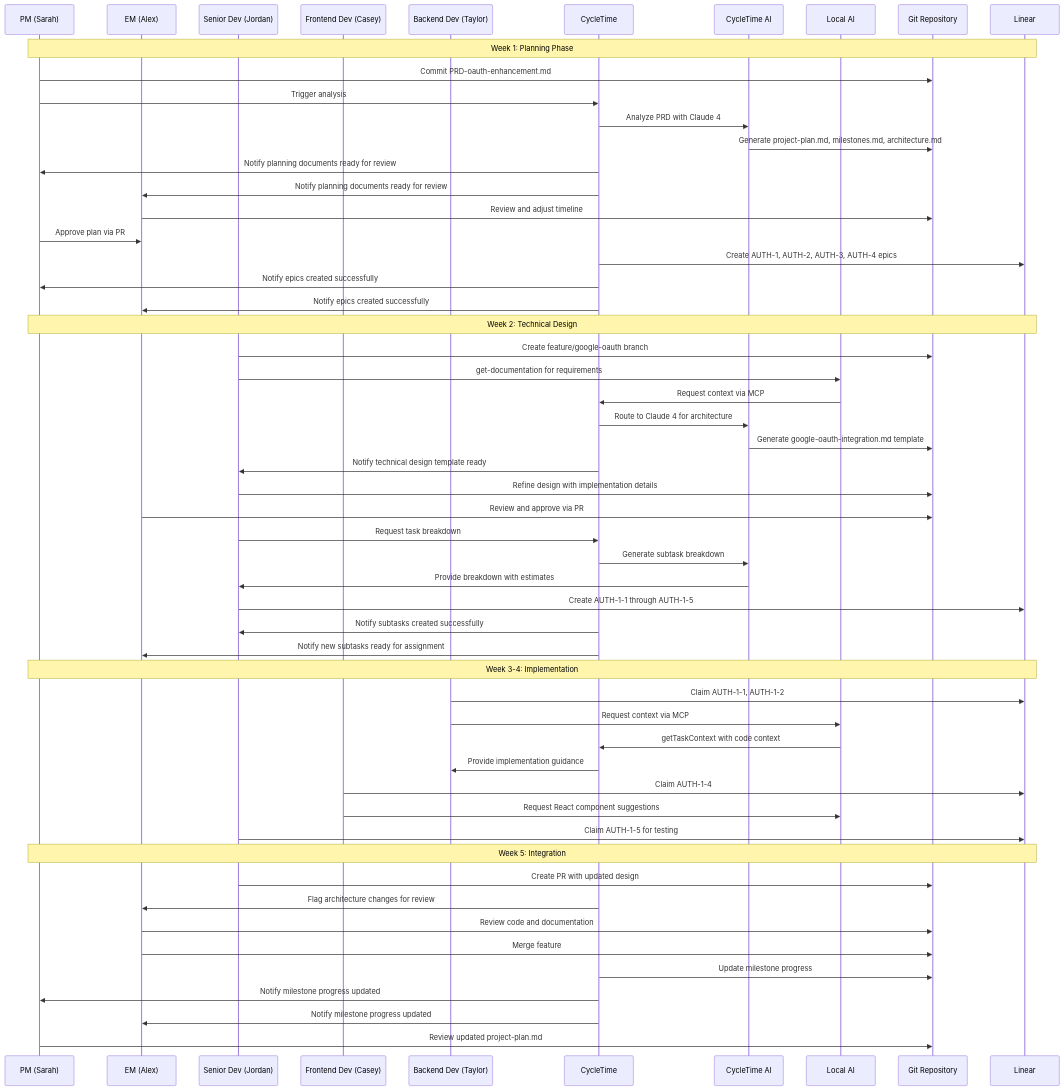
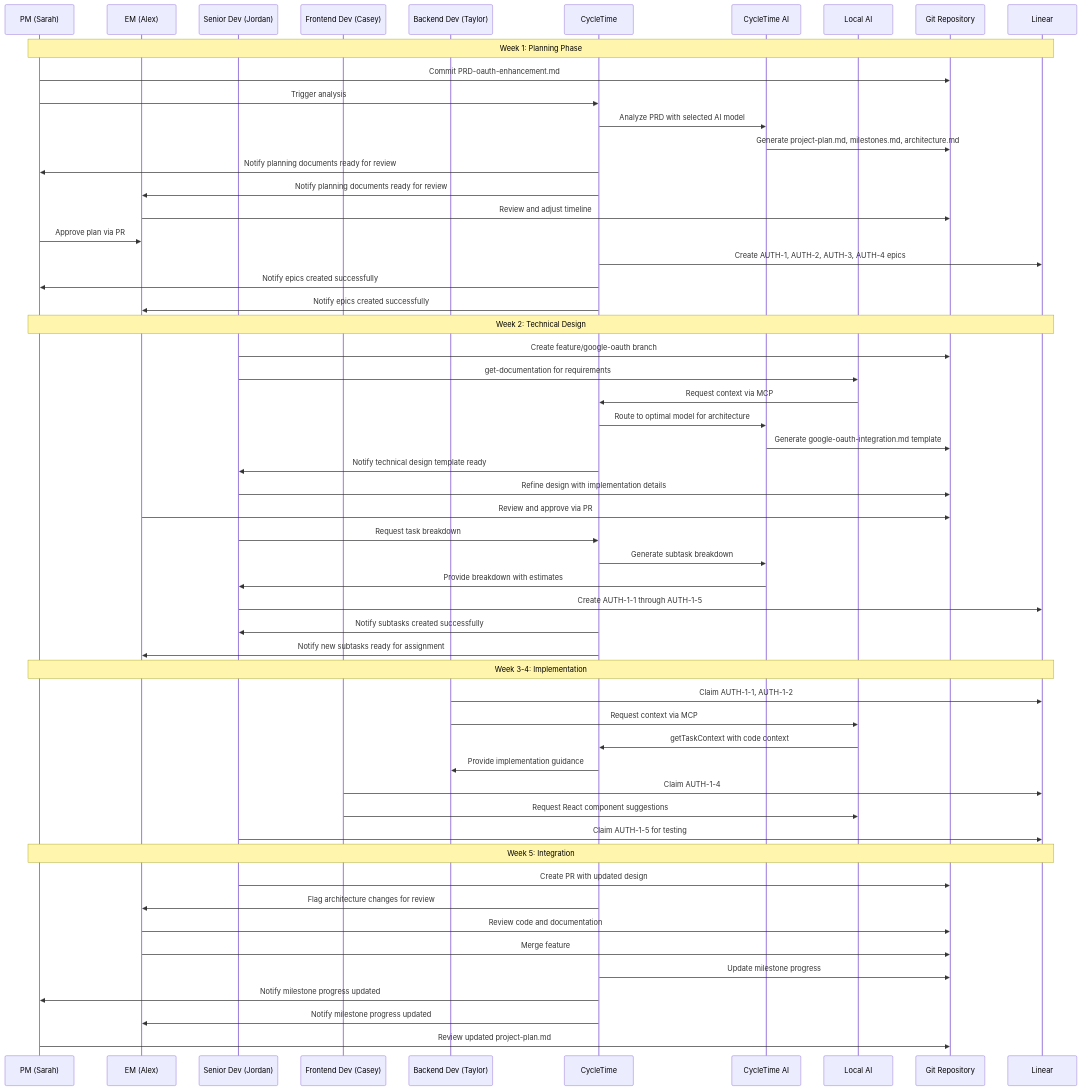
Before and after one commit to spiralhouse/cycletime: the fourth of 4 diagrams in docs/PRD.md, drawn with Mermaid. The commit also changed other lines of this file, not shown here.

First line of the commit message:
docs: update PRD to match README's AI model flexibility messaging

````diff
--- a/docs/PRD.md
+++ b/docs/PRD.md
@@ -328,61 +328,61 @@
 ```mermaid
 sequenceDiagram
     participant Sarah as PM (Sarah)
     participant Alex as EM (Alex)
     participant Jordan as Senior Dev (Jordan)
     participant Casey as Frontend Dev (Casey)
     participant Taylor as Backend Dev (Taylor)
     participant CT as CycleTime
     participant AI as CycleTime AI
     participant LocalAI as Local AI
     participant REPO as Git Repository
     participant LINEAR as Linear
     
     Note over Sarah,LINEAR: Week 1: Planning Phase
     Sarah->>REPO: Commit PRD-oauth-enhancement.md
     Sarah->>CT: Trigger analysis
-    CT->>AI: Analyze PRD with Claude 4
+    CT->>AI: Analyze PRD with selected AI model
     AI->>REPO: Generate project-plan.md, milestones.md, architecture.md
     CT->>Sarah: Notify planning documents ready for review
     CT->>Alex: Notify planning documents ready for review
     Alex->>REPO: Review and adjust timeline
     Sarah->>Alex: Approve plan via PR
     CT->>LINEAR: Create AUTH-1, AUTH-2, AUTH-3, AUTH-4 epics
     CT->>Sarah: Notify epics created successfully
     CT->>Alex: Notify epics created successfully
     
     Note over Sarah,LINEAR: Week 2: Technical Design
     Jordan->>REPO: Create feature/google-oauth branch
     Jordan->>LocalAI: get-documentation for requirements
     LocalAI->>CT: Request context via MCP
-    CT->>AI: Route to Claude 4 for architecture
+    CT->>AI: Route to optimal model for architecture
     AI->>REPO: Generate google-oauth-integration.md template
     CT->>Jordan: Notify technical design template ready
     Jordan->>REPO: Refine design with implementation details
     Alex->>REPO: Review and approve via PR
     Jordan->>CT: Request task breakdown
     CT->>AI: Generate subtask breakdown
     AI->>Jordan: Provide breakdown with estimates
     Jordan->>LINEAR: Create AUTH-1-1 through AUTH-1-5
     CT->>Jordan: Notify subtasks created successfully
     CT->>Alex: Notify new subtasks ready for assignment
     
     Note over Sarah,LINEAR: Week 3-4: Implementation
     Taylor->>LINEAR: Claim AUTH-1-1, AUTH-1-2
     Taylor->>LocalAI: Request context via MCP
     LocalAI->>CT: getTaskContext with code context
     CT->>Taylor: Provide implementation guidance
     Casey->>LINEAR: Claim AUTH-1-4
     Casey->>LocalAI: Request React component suggestions
     Jordan->>LINEAR: Claim AUTH-1-5 for testing
     
     Note over Sarah,LINEAR: Week 5: Integration
     Jordan->>REPO: Create PR with updated design
     CT->>Alex: Flag architecture changes for review
     Alex->>REPO: Review code and documentation
     Alex->>REPO: Merge feature
     CT->>REPO: Update milestone progress
     CT->>Sarah: Notify milestone progress updated
     CT->>Alex: Notify milestone progress updated
     Sarah->>REPO: Review updated project-plan.md
 ```
````
